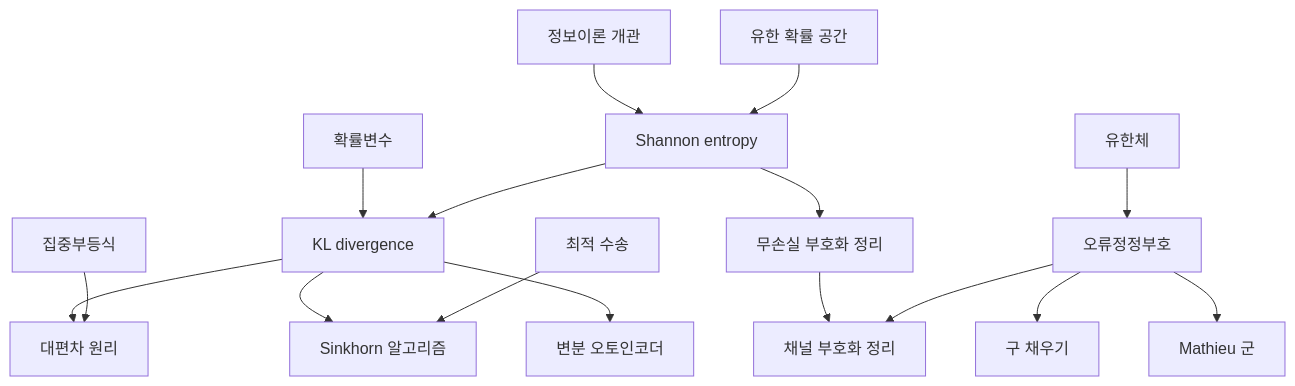
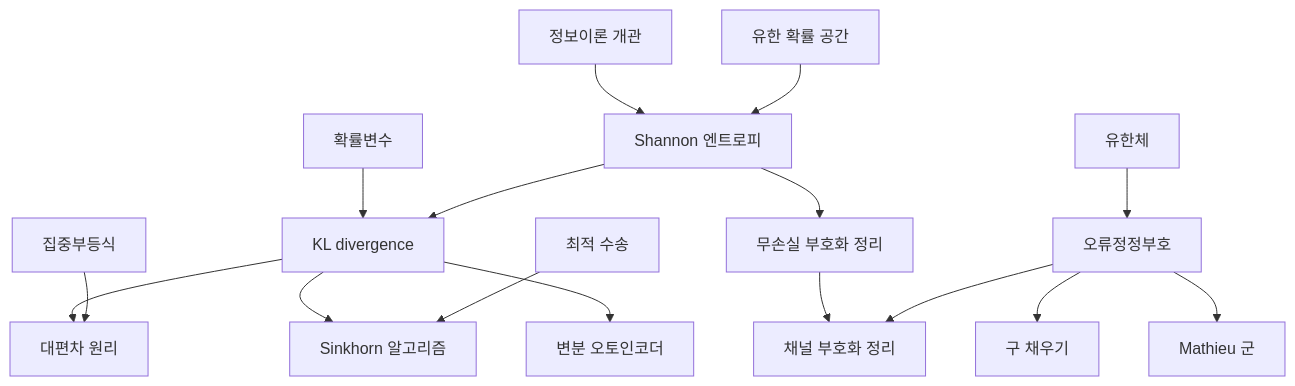
Before and after one commit to Phryxia/math-map: the diagram in docs/information-theory-overview.md, drawn with Mermaid. The commit also changed other lines of this file and 18 other files, not shown here.

First line of the commit message:
unify entropy as 엔트로피 and chain as 사슬 in Korean prose

````diff
--- a/docs/information-theory-overview.md
+++ b/docs/information-theory-overview.md
@@ -15,18 +15,18 @@
 ```mermaid
 graph TD
-  ITO["정보이론 개관"] --> ENT["Shannon entropy"]
+  ITO["정보이론 개관"] --> ENT["Shannon 엔트로피"]
   PROB["유한 확률 공간"] --> ENT
   RV["확률변수"] --> KL["KL divergence"]
   ENT --> KL
   ENT --> SC["무손실 부호화 정리"]
   SC --> CC["채널 부호화 정리"]
   ECC["오류정정부호"] --> CC
   FF["유한체"] --> ECC
   ECC --> SP["구 채우기"]
   ECC --> MAT["Mathieu 군"]
   KL --> LD["대편차 원리"]
   CI["집중부등식"] --> LD
   KL --> SINK["Sinkhorn 알고리즘"]
   OT["최적 수송"] --> SINK
   KL --> VAE["변분 오토인코더"]
 ```
````
